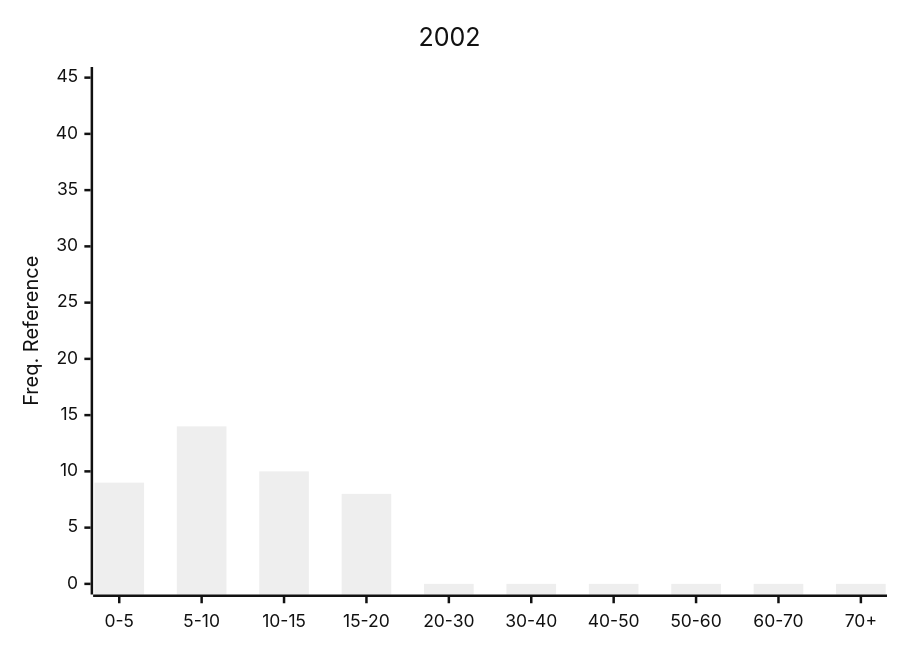
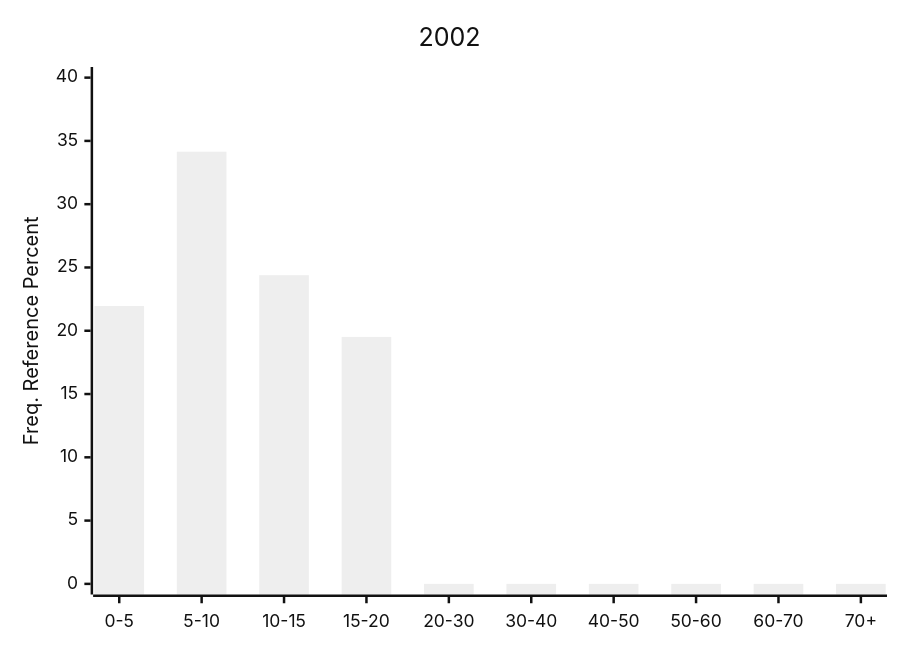
The fifth of 28 diagrams in README.md (Nemus-Project/fair-nime-2026), drawn with Mermaid (neutral theme) before and after one commit. The commit also changed other lines of this file, not shown here.

````diff
--- a/README.md
+++ b/README.md
@@ -487,7 +488,7 @@
 ```mermaid
 xychart-beta
     title "2002"
     x-axis ["0-5", "5-10", "10-15", "15-20", "20-30", "30-40", "40-50", "50-60", "60-70", "70+"]
-    y-axis "Freq. Reference" 0 --> 45
-    bar [9, 14, 10, 8, 0, 0, 0, 0, 0, 0]
+    y-axis "Freq. Reference Percent" 0 --> 40
+    bar [21.951219512195124, 34.146341463414636, 24.390243902439025, 19.51219512195122, 0.0, 0.0, 0.0, 0.0, 0.0, 0.0]
 ```    
````
